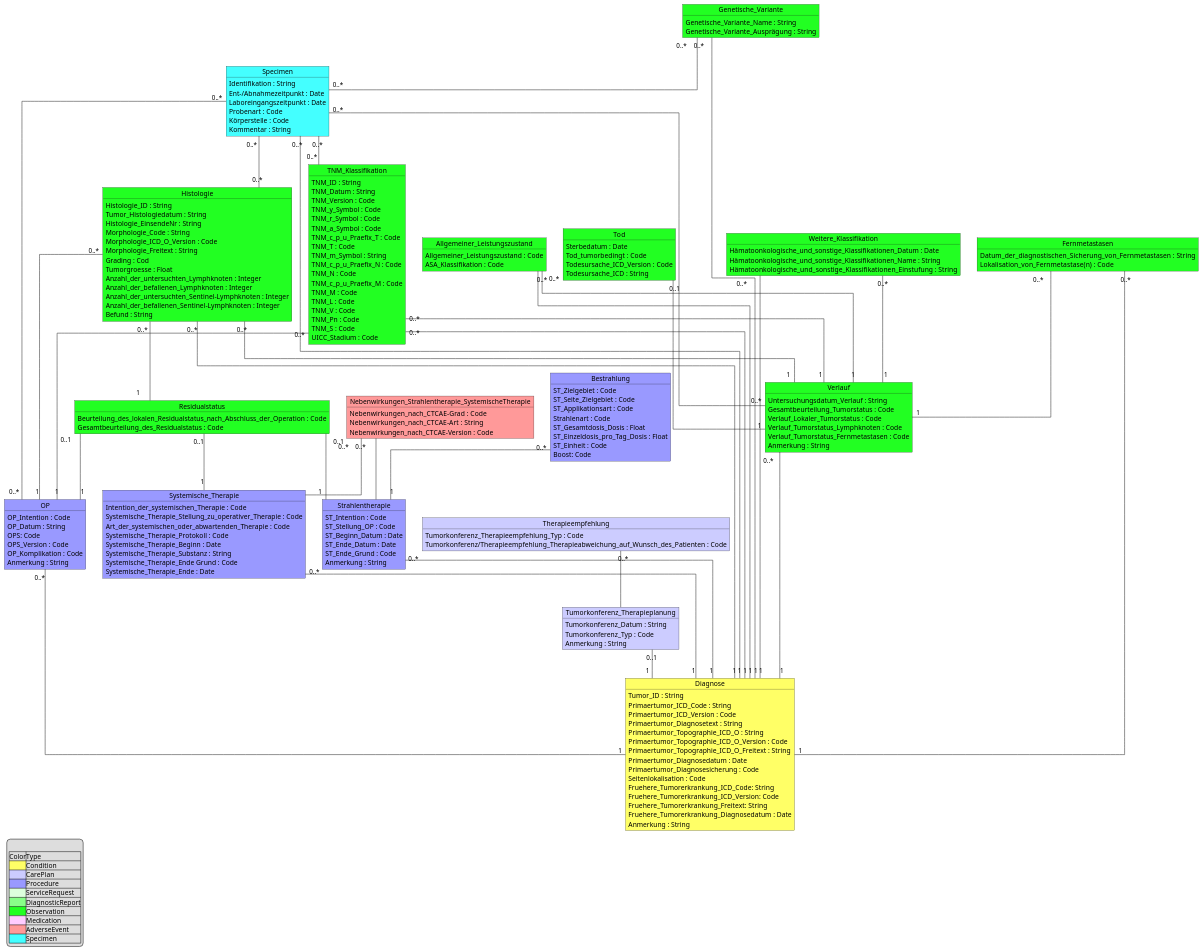
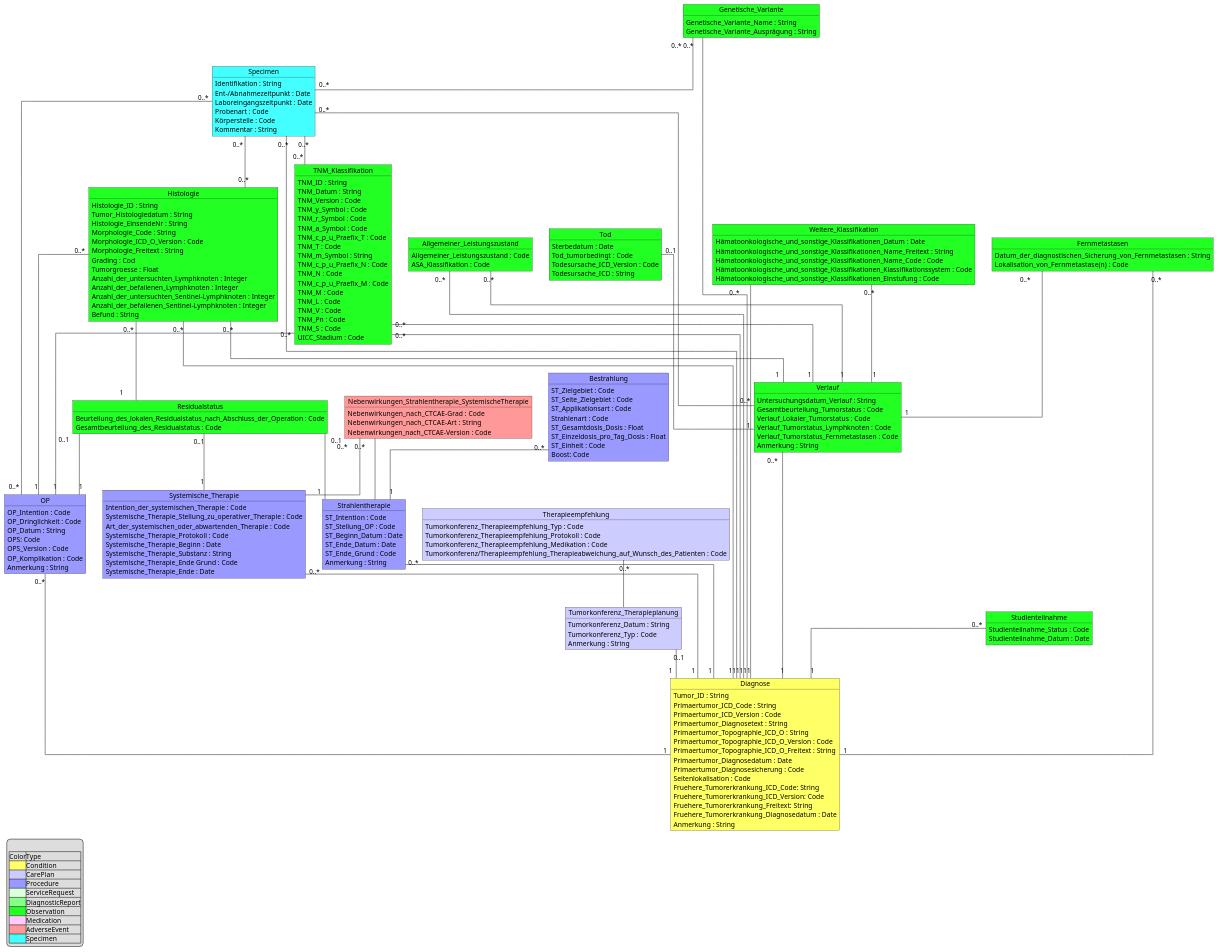
Before and after one commit to medizininformatik-initiative/kerndatensatzmodul-onkologie: the diagram in input/images-source/onco_merged.puml, drawn with PlantUML. The commit also changed 28 other files, not shown here.

```diff
--- a/input/images-source/onco_merged.puml
+++ b/input/images-source/onco_merged.puml
@@ -31,6 +31,7 @@
 
 object OP #9999FF {
   OP_Intention : Code
+  OP_Dringlichkeit : Code
   OP_Datum : String
   OPS: Code
   OPS_Version : Code
@@ -96,6 +97,8 @@
 
 object Therapieempfehlung #CCCCFF {
   Tumorkonferenz_Therapieempfehlung_Typ : Code
+  Tumorkonferenz_Therapieempfehlung_Protokoll : Code
+  Tumorkonferenz_Therapieempfehlung_Medikation : Code
   Tumorkonferenz/Therapieempfehlung_Therapieabweichung_auf_Wunsch_des_Patienten : Code
 }
 
@@ -150,8 +153,10 @@
 
 object Weitere_Klassifikation  #22FF22 {
   Hämatoonkologische_und_sonstige_Klassifikationen_Datum : Date
-  Hämatoonkologische_und_sonstige_Klassifikationen_Name : String
-  Hämatoonkologische_und_sonstige_Klassifikationen_Einstufung  : String
+  Hämatoonkologische_und_sonstige_Klassifikationen_Name_Freitext : String
+  Hämatoonkologische_und_sonstige_Klassifikationen_Name_Code : Code
+  Hämatoonkologische_und_sonstige_Klassifikationen_Klassifikationssystem : Code
+  Hämatoonkologische_und_sonstige_Klassifikationen_Einstufung : Code
 }
 
 object Residualstatus  #22FF22 {
@@ -170,6 +175,12 @@
 
   Genetische_Variante_Name : String
   Genetische_Variante_Ausprägung : String
+
+}
+
+object Studienteilnahme  #22FF22 {
+  Studienteilnahme_Status : Code
+  Studienteilnahme_Datum : Date
 
 }
 
@@ -217,6 +228,7 @@
 Tumorkonferenz_Therapieplanung "0..1" -- "1" Diagnose
 Genetische_Variante "0..*" -- "1" Diagnose
 Genetische_Variante "0..*" -- "0..*" Specimen
+Studienteilnahme "0..*" -- "1" Diagnose
 
 legend left
 
```
